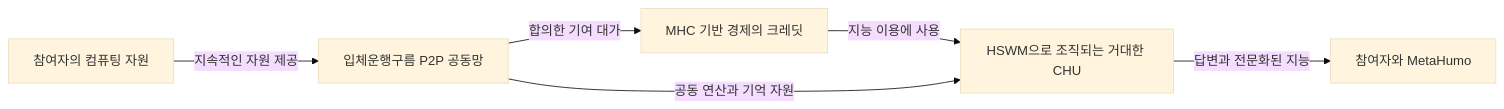
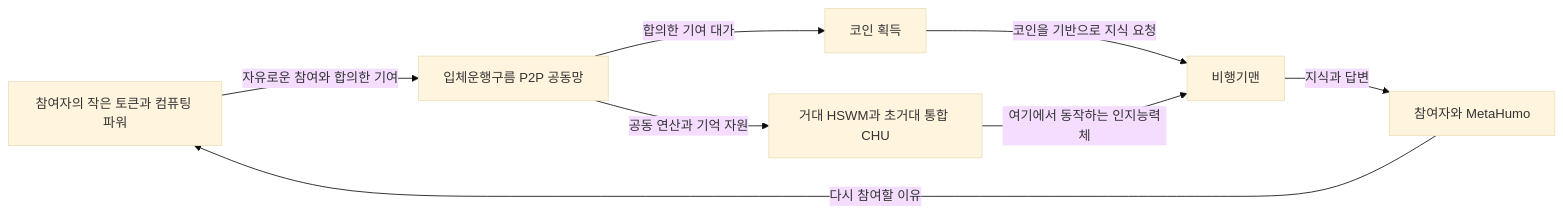
The diagram in docs/RESOURCE_CREDIT_AND_SHARED_INTELLIGENCE.md (gj3447/orbital-motion-cloud), drawn with Mermaid (base theme) before and after one commit. The commit also changed other lines of this file and 72 other files, not shown here.

````diff
--- a/docs/RESOURCE_CREDIT_AND_SHARED_INTELLIGENCE.md
+++ b/docs/RESOURCE_CREDIT_AND_SHARED_INTELLIGENCE.md
@@ -25,8 +30,10 @@
 ```mermaid
 flowchart LR
-    A[참여자의 컴퓨팅 자원] -->|지속적인 자원 제공| B[입체운행구름 P2P 공동망]
-    B -->|합의한 기여 대가| C[MHC 기반 경제의 크레딧]
-    C -->|지능 이용에 사용| D[HSWM으로 조직되는 거대한 CHU]
+    A[참여자의 작은 토큰과 컴퓨팅 파워] -->|자유로운 참여와 합의한 기여| B[입체운행구름 P2P 공동망]
+    B -->|합의한 기여 대가| C[코인 획득]
+    C -->|코인을 기반으로 지식 요청| F[비행기맨]
+    D[거대 HSWM과 초거대 통합 CHU] -->|여기에서 동작하는 인지능력체| F
     B -->|공동 연산과 기억 자원| D
-    D -->|답변과 전문화된 지능| E[참여자와 MetaHumo]
+    F -->|지식과 답변| E[참여자와 MetaHumo]
+    E -->|다시 참여할 이유| A
 ```
````
